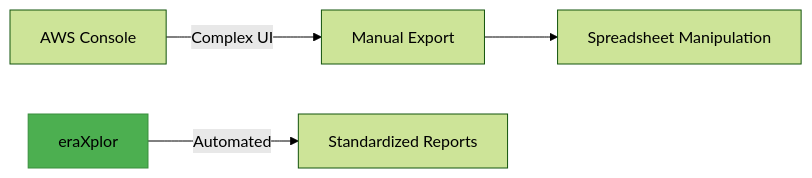
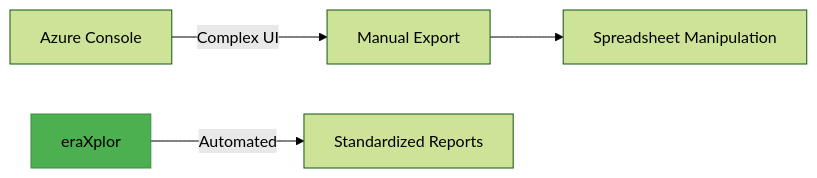
Before and after one commit to Mohamed-Eleraki/eraXplor-az: the diagram in README.md, drawn with Mermaid (forest theme).

Commit message:
Updare README

````diff
--- a/README.md
+++ b/README.md
@@ -117,7 +117,7 @@
 ```mermaid
 graph LR
-    A[AWS Console] -->|Complex UI| B[Manual Export]
+    A[Azure Console] -->|Complex UI| B[Manual Export]
     B --> C[Spreadsheet Manipulation]
     D[eraXplor] -->|Automated| E[Standardized Reports]
     style D fill:#4CAF50,stroke:#388E3C
 ```
````
